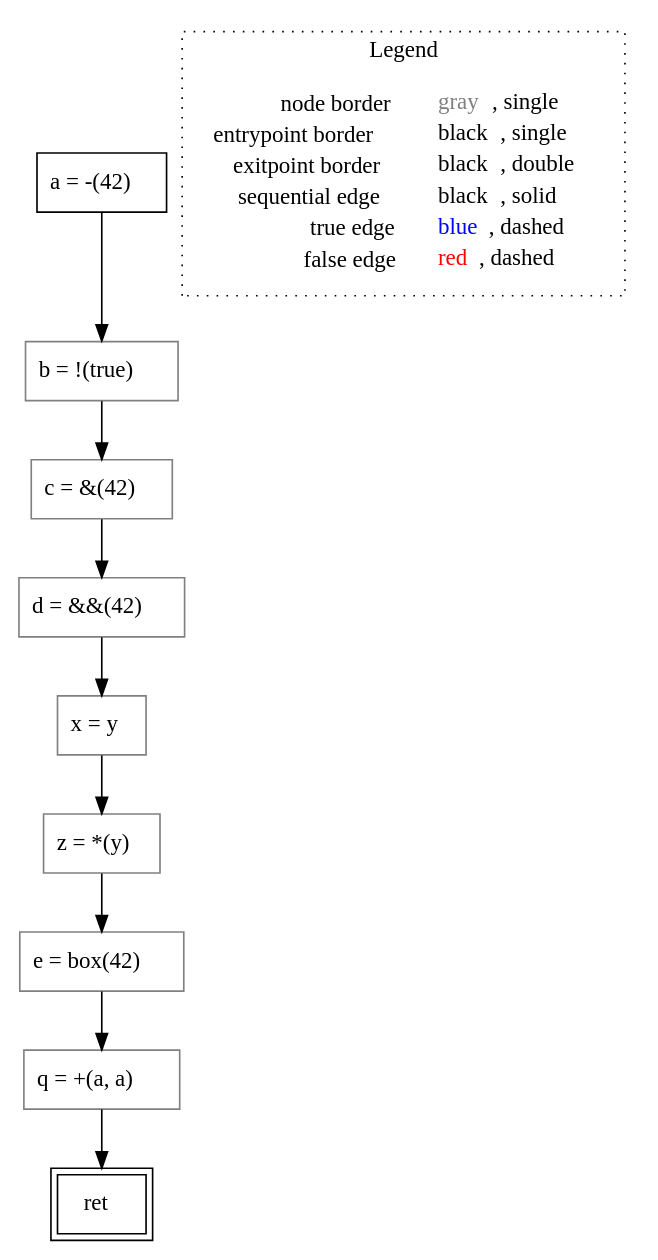
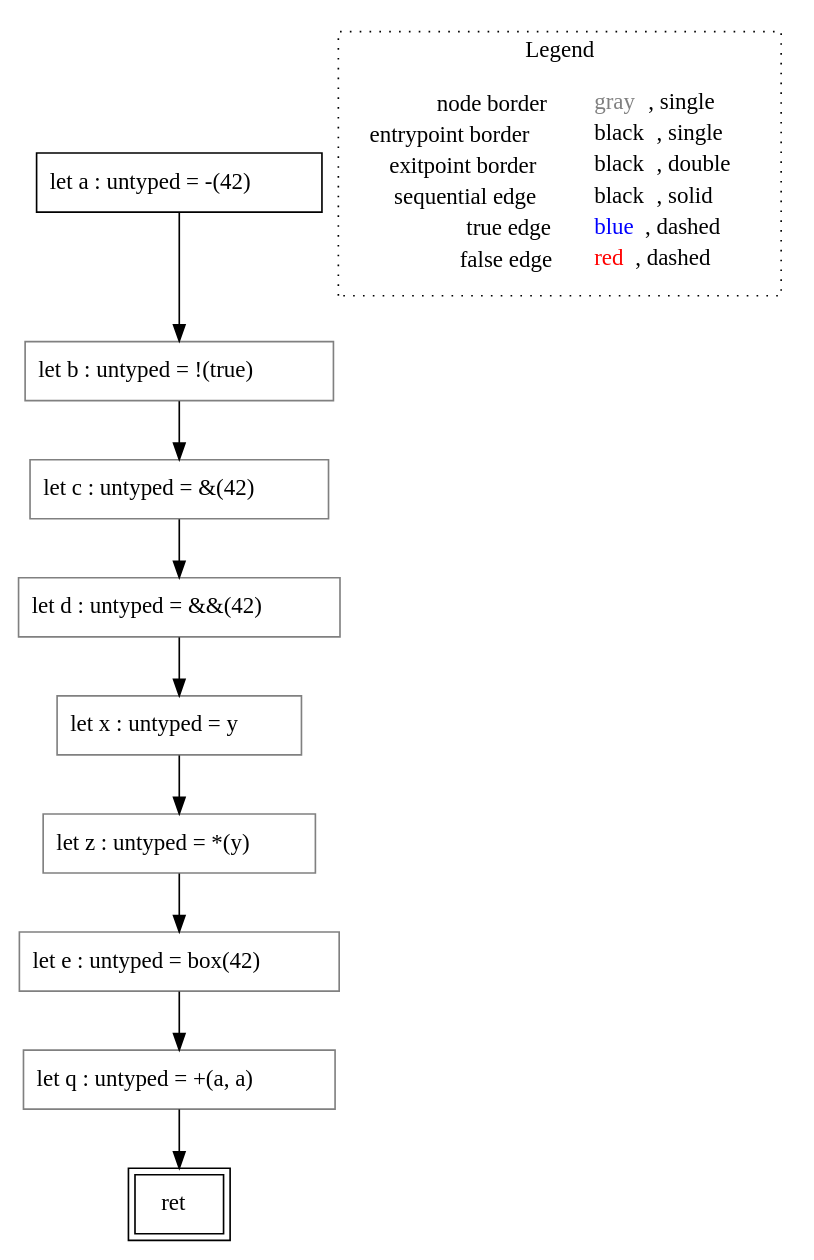
Before and after one commit to VincenzoArceri/rust-lisa: the diagram in rust-lisa/rust-testcases/cfg/simple-operation-variable-declaration/untyped_rust-testcases_cfg_simple-operation-variable-declaration_simple-operation-variable-declaration.rs.main().dot, drawn with Graphviz. The commit also changed 9 other files, not shown here.

```diff
--- a/rust-lisa/rust-testcases/cfg/simple-operation-variable-declaration/untyped_rust-testcases_cfg_simple-operation-variable-declaration_simple-operation-variable-declaration.rs.main().dot
+++ b/rust-lisa/rust-testcases/cfg/simple-operation-variable-declaration/untyped_rust-testcases_cfg_simple-operation-variable-declaration_simple-operation-variable-declaration.rs.main().dot
@@ -1,26 +1,26 @@
 digraph {
-	"node0" [shape="rect",color="black",label=<a = -(42)>];
-	"node1" [shape="rect",color="gray",label=<z = *(y)>];
-	"node2" [shape="rect",color="gray",label=<d = &amp;&amp;(42)>];
-	"node3" [shape="rect",color="gray",label=<q = +(a, a)>];
-	"node4" [shape="rect",color="gray",label=<x = y>];
+	"node0" [shape="rect",color="black",label=<let a : untyped = -(42)>];
+	"node1" [shape="rect",color="gray",label=<let c : untyped = &amp;(42)>];
+	"node2" [shape="rect",color="gray",label=<let b : untyped = !(true)>];
+	"node3" [shape="rect",color="gray",label=<let z : untyped = *(y)>];
+	"node4" [shape="rect",color="gray",label=<let q : untyped = +(a, a)>];
 	"node5" [shape="rect",color="black",peripheries="2",label=<ret>];
-	"node6" [shape="rect",color="gray",label=<e = box(42)>];
-	"node7" [shape="rect",color="gray",label=<c = &amp;(42)>];
-	"node8" [shape="rect",color="gray",label=<b = !(true)>];
-	"node1" -> "node6" [color="black"];
-	"node2" -> "node4" [color="black"];
-	"node3" -> "node5" [color="black"];
-	"node4" -> "node1" [color="black"];
-	"node0" -> "node8" [color="black"];
+	"node6" [shape="rect",color="gray",label=<let x : untyped = y>];
+	"node7" [shape="rect",color="gray",label=<let e : untyped = box(42)>];
+	"node8" [shape="rect",color="gray",label=<let d : untyped = &amp;&amp;(42)>];
+	"node1" -> "node8" [color="black"];
+	"node2" -> "node1" [color="black"];
+	"node3" -> "node7" [color="black"];
+	"node0" -> "node2" [color="black"];
+	"node4" -> "node5" [color="black"];
 	"node6" -> "node3" [color="black"];
-	"node7" -> "node2" [color="black"];
-	"node8" -> "node7" [color="black"];
+	"node7" -> "node4" [color="black"];
+	"node8" -> "node6" [color="black"];
 subgraph cluster_legend {
 	label="Legend";
 	style=dotted;
 	node [shape=plaintext];
 	"legend" [label=<<table border="0" cellpadding="2" cellspacing="0" cellborder="0"><tr><td align="right">node border&nbsp;</td><td align="left"><font color="gray">gray</font>, single</td></tr><tr><td align="right">entrypoint border&nbsp;</td><td align="left"><font color="black">black</font>, single</td></tr><tr><td align="right">exitpoint border&nbsp;</td><td align="left"><font color="black">black</font>, double</td></tr><tr><td align="right">sequential edge&nbsp;</td><td align="left"><font color="black">black</font>, solid</td></tr><tr><td align="right">true edge&nbsp;</td><td align="left"><font color="blue">blue</font>, dashed</td></tr><tr><td align="right">false edge&nbsp;</td><td align="left"><font color="red">red</font>, dashed</td></tr></table>>];
 }
 
 }
```
